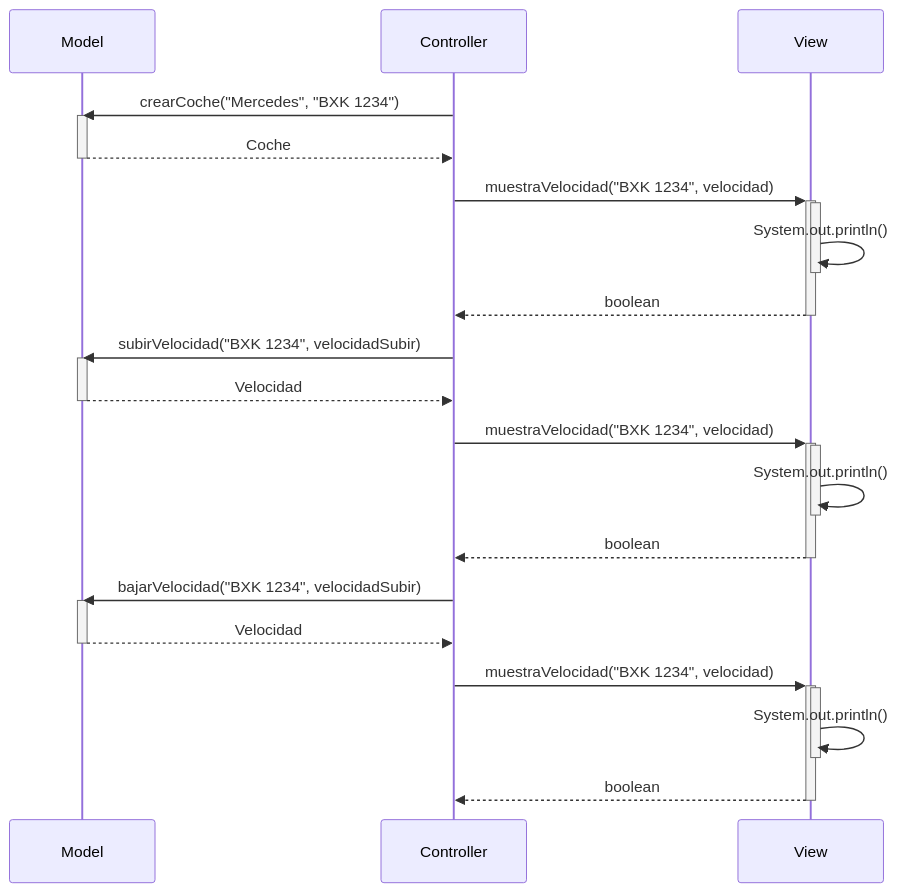
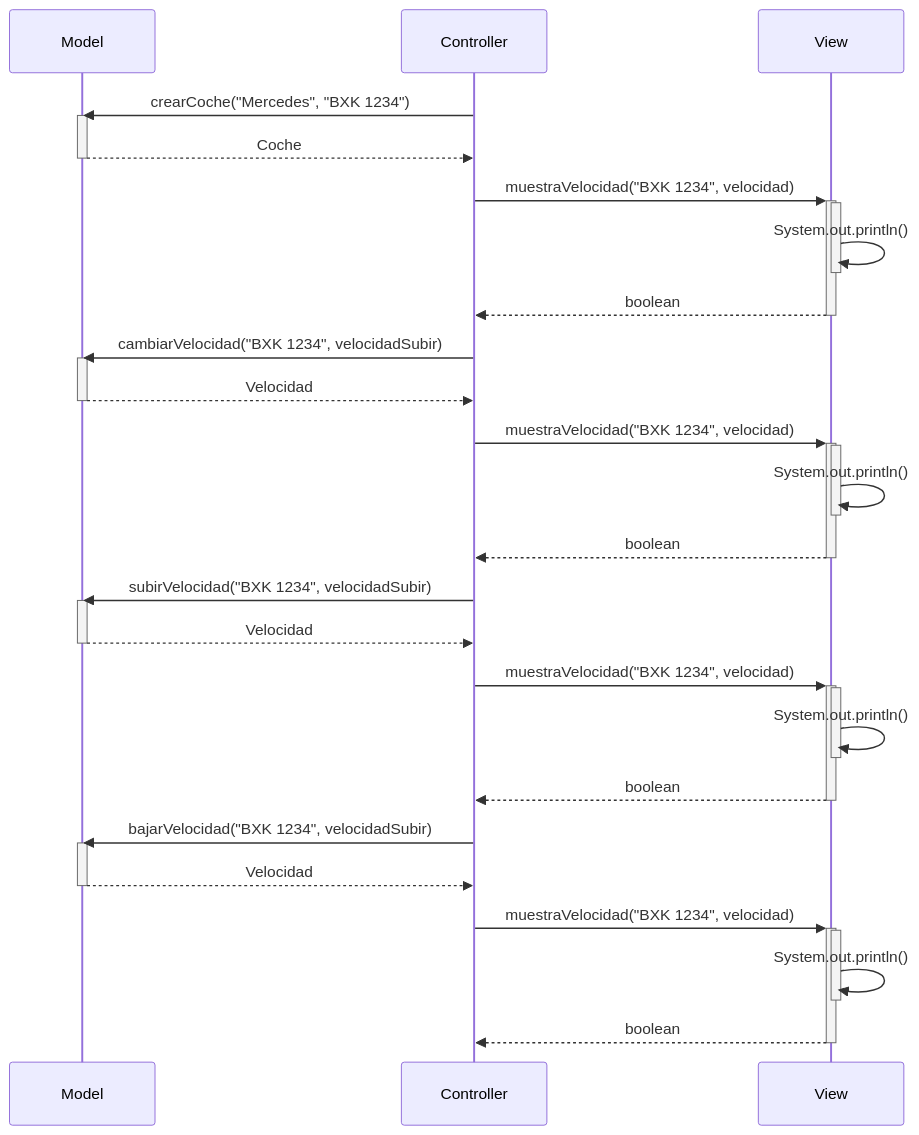
One commit to damiancastelao/MVC_coches_solucion changed the third of 3 diagrams in Readme.md. Above: the diagram before and after it, drawn with Mermaid.

Commit message:
Arreglo readme

````diff
--- a/Readme.md
+++ b/Readme.md
@@ -77,34 +77,43 @@
 ```mermaid
 sequenceDiagram
     participant Model
     participant Controller
     participant View
     Controller->>Model: crearCoche("Mercedes", "BXK 1234")
     activate Model
     Model-->>Controller: Coche
+    deactivate Model
+    Controller->>+View: muestraVelocidad("BXK 1234", velocidad)
+    activate View
+    View->>-View: System.out.println()
+    View-->>Controller: boolean
+    deactivate View
+    Controller->>Model: cambiarVelocidad("BXK 1234", velocidadSubir)
+    activate Model
+    Model-->>Controller: Velocidad
     deactivate Model
     Controller->>+View: muestraVelocidad("BXK 1234", velocidad)
     activate View
     View->>-View: System.out.println()
     View-->>Controller: boolean
     deactivate View
     Controller->>Model: subirVelocidad("BXK 1234", velocidadSubir)
     activate Model
     Model-->>Controller: Velocidad
     deactivate Model
     Controller->>+View: muestraVelocidad("BXK 1234", velocidad)
     activate View
     View->>-View: System.out.println()
     View-->>Controller: boolean
     deactivate View
     Controller->>Model: bajarVelocidad("BXK 1234", velocidadSubir)
     activate Model
     Model-->>Controller: Velocidad
     deactivate Model
     Controller->>+View: muestraVelocidad("BXK 1234", velocidad)
     activate View
     View->>-View: System.out.println()
     View-->>Controller: boolean
     deactivate View
     
 ```
````
